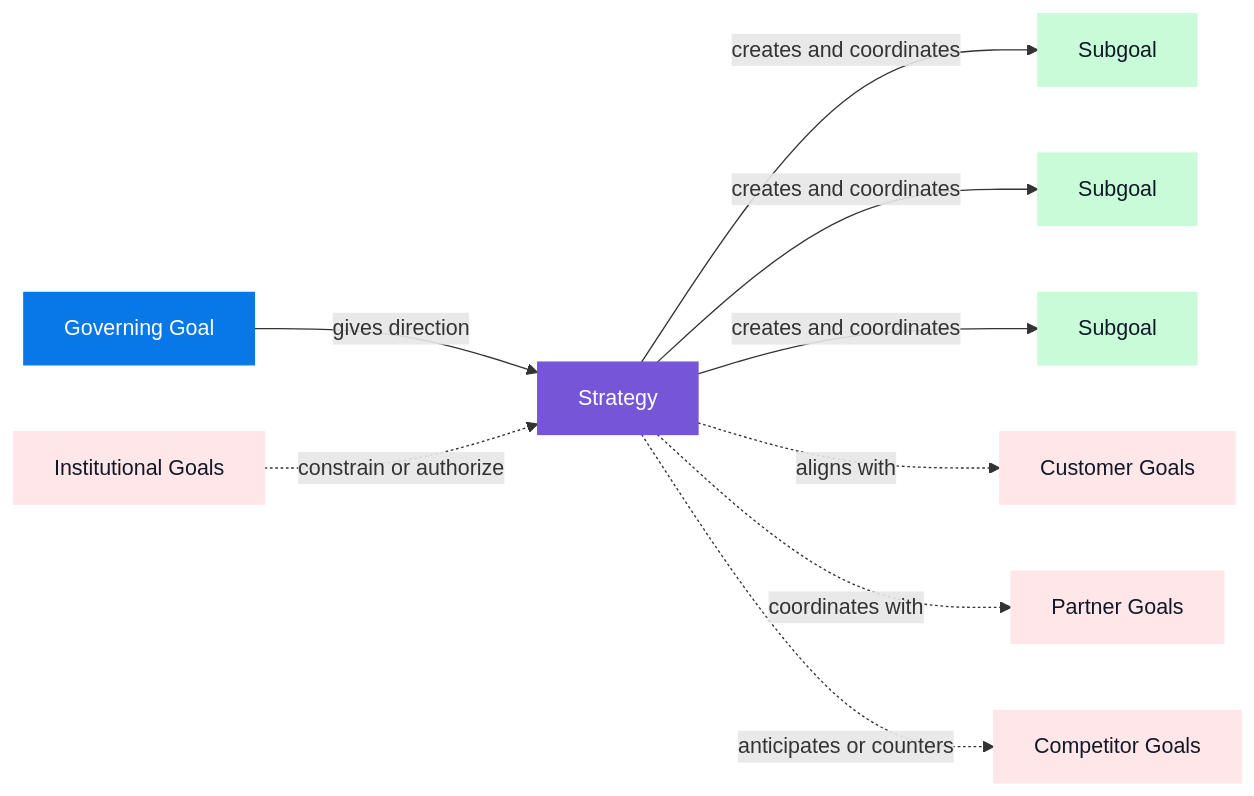
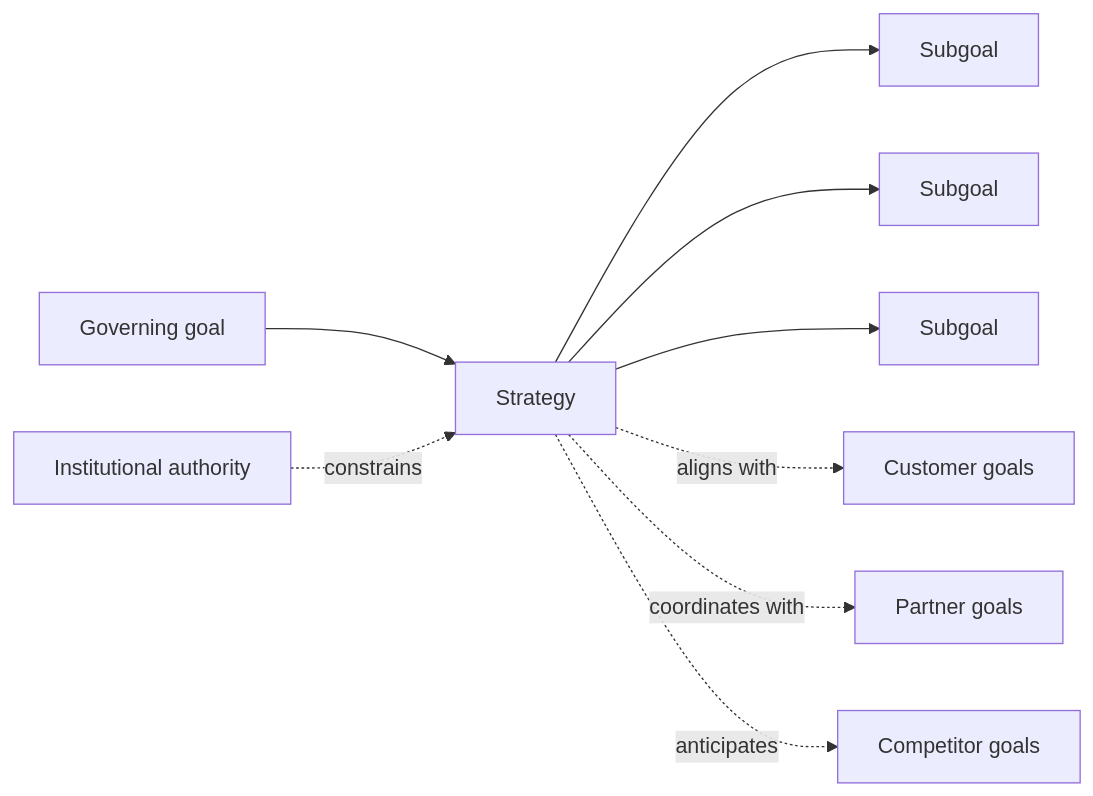
Before and after one commit to th-m/th-m: the third of 4 diagrams in libs/blogs/articles/goals-solutions-and-value/article.md, drawn with Mermaid. The commit also changed other lines of this file and 22 other files, not shown here.

````diff
--- a/libs/blogs/articles/goals-solutions-and-value/article.md
+++ b/libs/blogs/articles/goals-solutions-and-value/article.md
@@ -449,23 +347,11 @@
 ```mermaid
 flowchart LR
-    G["Governing Goal"] -->|"gives direction"| S["Strategy"]
-
-    S -->|"creates and coordinates"| SG1["Subgoal"]
-    S -->|"creates and coordinates"| SG2["Subgoal"]
-    S -->|"creates and coordinates"| SG3["Subgoal"]
-
-    S -. "aligns with" .-> C["Customer Goals"]
-    S -. "coordinates with" .-> P["Partner Goals"]
-    S -. "anticipates or counters" .-> R["Competitor Goals"]
-    I["Institutional Goals"] -. "constrain or authorize" .-> S
-
-    classDef governing fill:#0877e7,stroke:#0877e7,color:#ffffff
-    classDef strategy fill:#7656d6,stroke:#7656d6,color:#ffffff
-    classDef subgoal fill:#c8fbd8,stroke:#c8fbd8,color:#111827
-    classDef external fill:#ffe6e8,stroke:#ffe6e8,color:#111827
-
-    class G governing
-    class S strategy
-    class SG1,SG2,SG3 subgoal
-    class C,P,R,I external
+    G["Governing goal"] --> S["Strategy"]
+    S --> SG1["Subgoal"]
+    S --> SG2["Subgoal"]
+    S --> SG3["Subgoal"]
+    S -. "aligns with" .-> C["Customer goals"]
+    S -. "coordinates with" .-> P["Partner goals"]
+    S -. "anticipates" .-> R["Competitor goals"]
+    I["Institutional authority"] -. "constrains" .-> S
 ```
````
